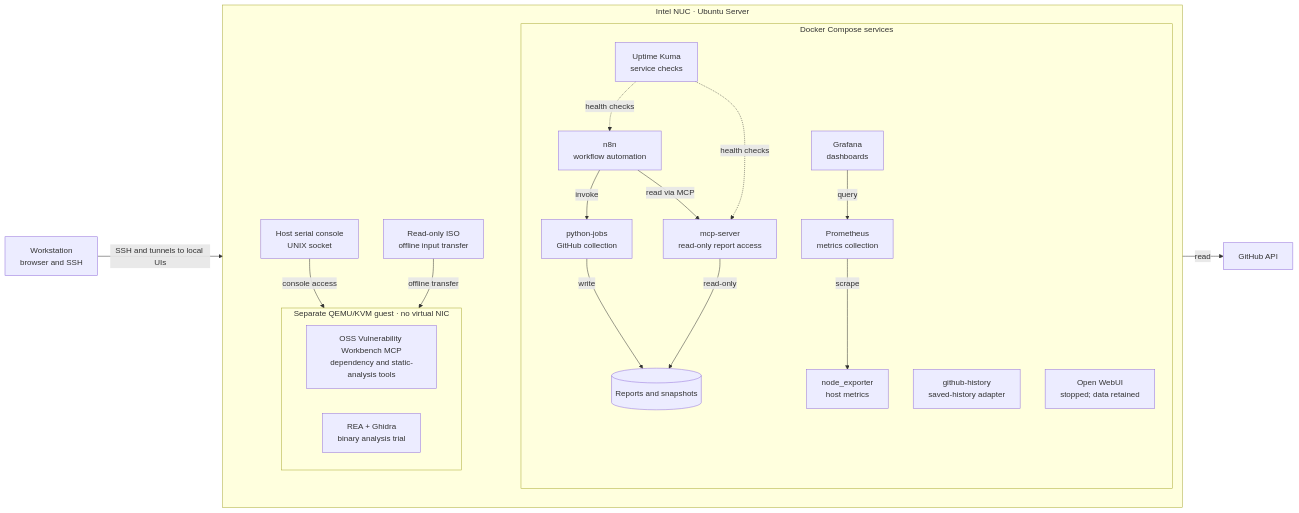
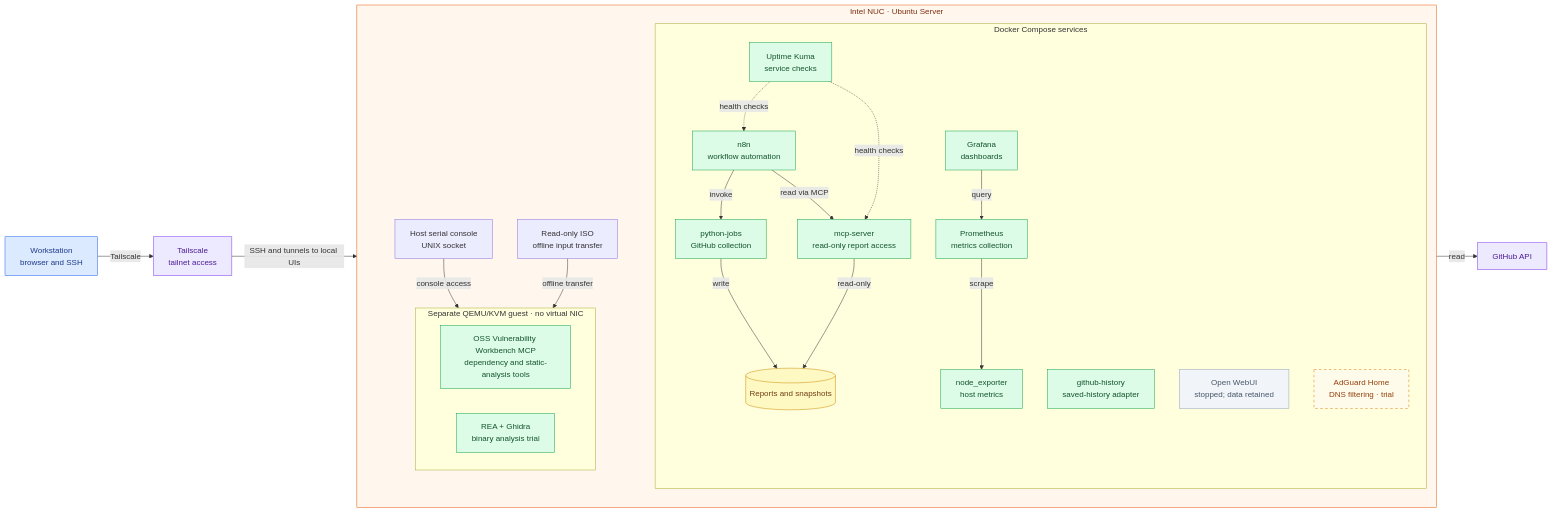
Before and after one commit to moruku36/home-ai-engineering-lab: the diagram in README.md, drawn with Mermaid. The commit also changed other lines of this file and 2 other files, not shown here.

Commit message:
README: color architecture diagram, add larger-view PNG links and repository map; mark architecture.md as the 2026-10-15 detail reference

````diff
--- a/README.md
+++ b/README.md
@@ -11,38 +11,55 @@
 ```mermaid
 flowchart LR
   PC["Workstation<br/>browser and SSH"]
   GH["GitHub API"]
+  TS["Tailscale<br/>tailnet access"]
   subgraph HOST["Intel NUC · Ubuntu Server"]
     direction TB
     subgraph DOCKER["Docker Compose services"]
       N8N["n8n<br/>workflow automation"]
       JOBS["python-jobs<br/>GitHub collection"]
       MCP["mcp-server<br/>read-only report access"]
       HIST["github-history<br/>saved-history adapter"]
       KUMA["Uptime Kuma<br/>service checks"]
       NODE["node_exporter<br/>host metrics"]
       PROM["Prometheus<br/>metrics collection"]
       GRAF["Grafana<br/>dashboards"]
       DATA[("Reports and snapshots")]
       WEB["Open WebUI<br/>stopped; data retained"]
+      ADG["AdGuard Home<br/>DNS filtering · trial"]
     end
     subgraph VM["Separate QEMU/KVM guest · no virtual NIC"]
       WB["OSS Vulnerability Workbench MCP<br/>dependency and static-analysis tools"]
       REA["REA + Ghidra<br/>binary analysis trial"]
     end
     CONSOLE["Host serial console<br/>UNIX socket"]
     ISO["Read-only ISO<br/>offline input transfer"]
   end
-  PC -->|"SSH and tunnels to local UIs"| HOST
+  PC -->|"Tailscale"| TS
+  TS -->|"SSH and tunnels to local UIs"| HOST
   N8N -->|"invoke"| JOBS
   JOBS -->|"read"| GH
   JOBS -->|"write"| DATA
   N8N -->|"read via MCP"| MCP
   MCP -->|"read-only"| DATA
   PROM -->|"scrape"| NODE
   GRAF -->|"query"| PROM
   KUMA -.->|"health checks"| N8N
   KUMA -.->|"health checks"| MCP
   CONSOLE -->|"console access"| VM
   ISO -->|"offline transfer"| VM
+
+  classDef user fill:#dbeafe,stroke:#2563eb,color:#1e3a8a
+  classDef svc fill:#dcfce7,stroke:#16a34a,color:#14532d
+  classDef ext fill:#ede9fe,stroke:#7c3aed,color:#4c1d95
+  classDef store fill:#fef9c3,stroke:#ca8a04,color:#713f12
+  classDef stopped fill:#f1f5f9,stroke:#94a3b8,color:#475569
+  classDef trial fill:#fffbeb,stroke:#d97706,color:#92400e,stroke-dasharray:5 5
+  class PC user
+  class GH,TS ext
+  class N8N,JOBS,MCP,HIST,KUMA,NODE,PROM,GRAF,WB,REA svc
+  class DATA store
+  class WEB stopped
+  class ADG trial
+  style HOST fill:#fff7ed,stroke:#ea580c,color:#7c2d12
 ```
````
